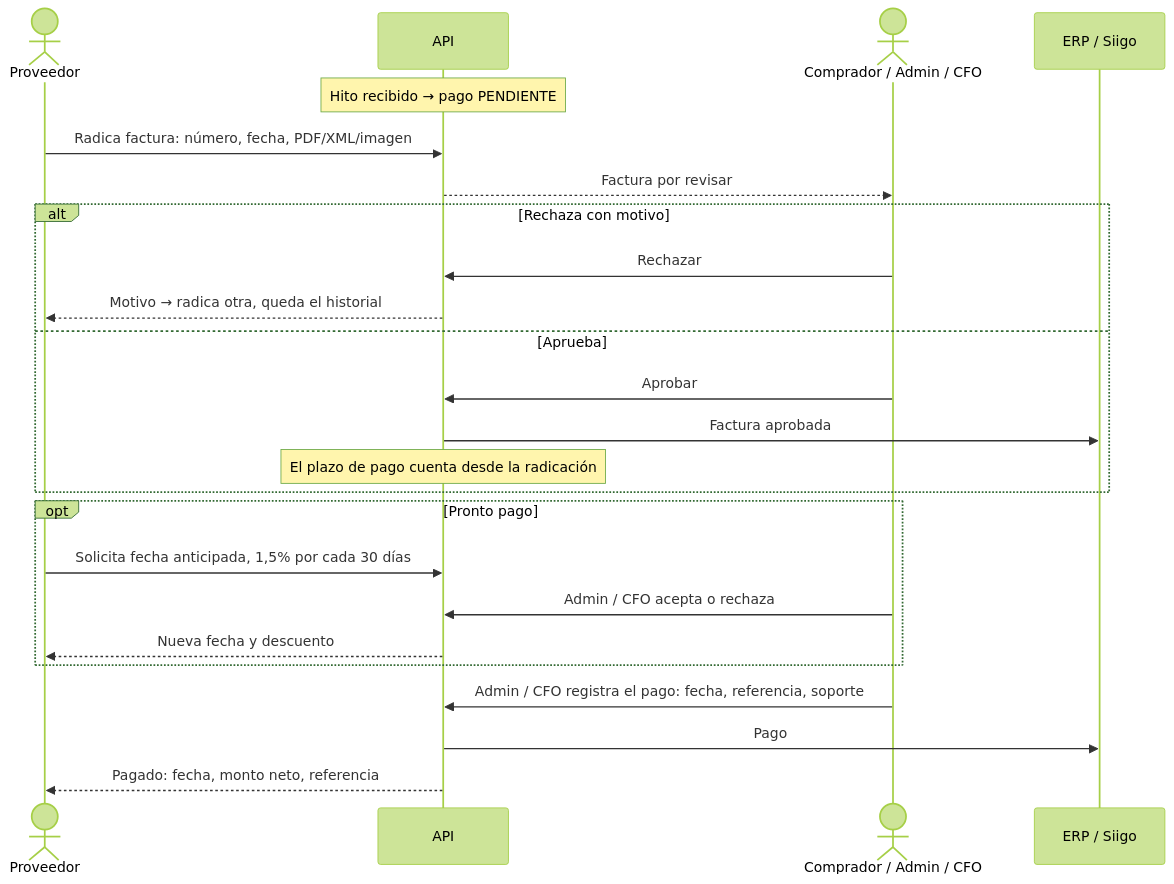
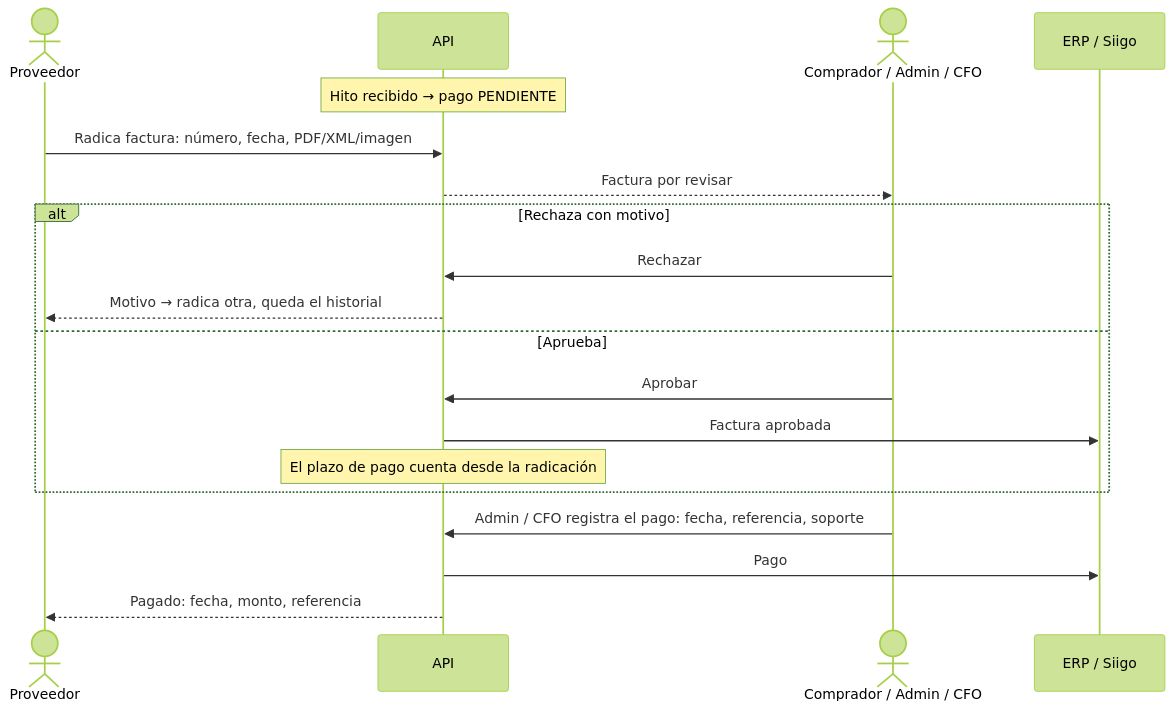
Diagram 24 of 34 in docs/DIAGRAMAS-FLUJO.md (johnalecc21/bolt_pro), drawn with Mermaid (forest theme) before and after one commit. The commit also changed other lines of this file and 10 other files, not shown here.

First line of the commit message:
Quitar el pronto pago de cuentas por pagar y del portal del proveedor

````diff
--- a/docs/DIAGRAMAS-FLUJO.md
+++ b/docs/DIAGRAMAS-FLUJO.md
@@ -561,26 +561,21 @@
 ```mermaid
 sequenceDiagram
     actor P as Proveedor
     participant API as API
     actor C as Comprador / Admin / CFO
     participant ERP as ERP / Siigo
     Note over API: Hito recibido → pago PENDIENTE
     P->>API: Radica factura: número, fecha, PDF/XML/imagen
     API-->>C: Factura por revisar
     alt Rechaza con motivo
         C->>API: Rechazar
         API-->>P: Motivo → radica otra, queda el historial
     else Aprueba
         C->>API: Aprobar
         API->>ERP: Factura aprobada
         Note over API: El plazo de pago cuenta desde la radicación
     end
-    opt Pronto pago
-        P->>API: Solicita fecha anticipada, 1,5% por cada 30 días
-        C->>API: Admin / CFO acepta o rechaza
-        API-->>P: Nueva fecha y descuento
-    end
     C->>API: Admin / CFO registra el pago: fecha, referencia, soporte
     API->>ERP: Pago
-    API-->>P: Pagado: fecha, monto neto, referencia
+    API-->>P: Pagado: fecha, monto, referencia
 ```
````
